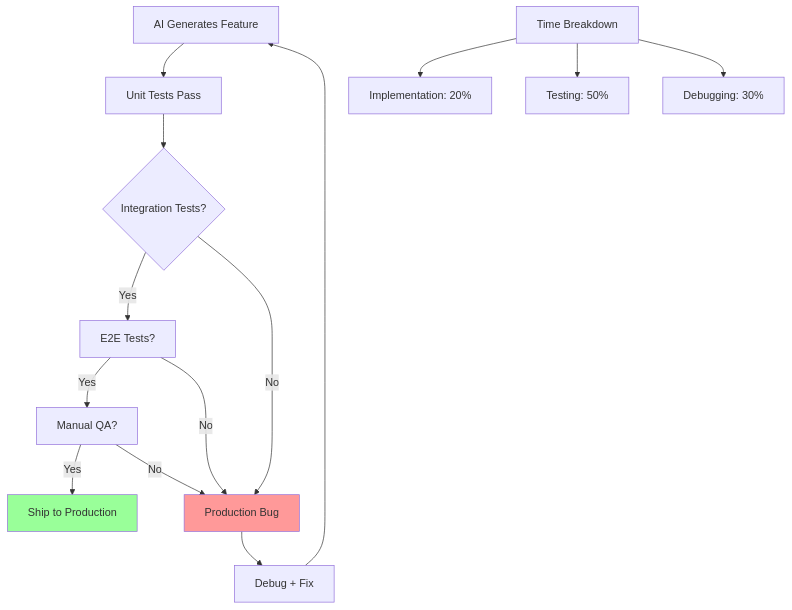
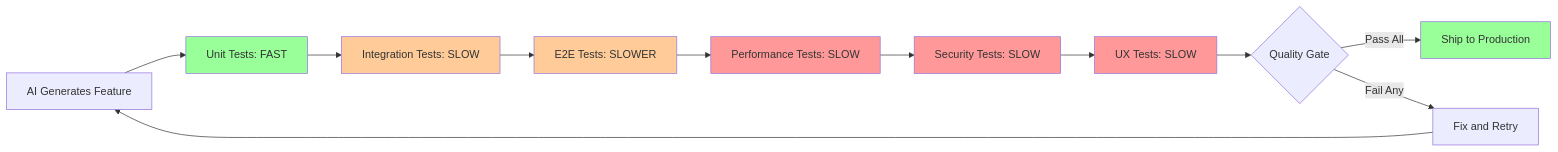
The second of 2 diagrams in book/part1-foundations/05-new-bottlenecks/07-bottleneck-5-testing-and-quality-assurance.md (testaco/agentic-coding-book), drawn with Mermaid before and after one commit. The commit also changed other lines of this file and 4 other files, not shown here.

````diff
--- a/book/part1-foundations/05-new-bottlenecks/07-bottleneck-5-testing-and-quality-assurance.md
+++ b/book/part1-foundations/05-new-bottlenecks/07-bottleneck-5-testing-and-quality-assurance.md
@@ -108,23 +141,22 @@
 ```mermaid
-graph TD
-    A[AI Generates Feature] --> B[Unit Tests Pass]
-    B --> C{Integration Tests?}
-    C -->|Yes| D[E2E Tests?]
-    C -->|No| E[Production Bug]
+graph LR
+    A[AI Generates Feature] --> B[Unit Tests: FAST]
+    B --> C[Integration Tests: SLOW]
+    C --> D[E2E Tests: SLOWER]
+    D --> E[Performance Tests: SLOW]
+    E --> F[Security Tests: SLOW]
+    F --> G[UX Tests: SLOW]
+    G --> H{Quality Gate}
 
-    D -->|Yes| F[Manual QA?]
-    D -->|No| E
+    H -->|Pass All| I[Ship to Production]
+    H -->|Fail Any| J[Fix and Retry]
+    J --> A
 
-    F -->|Yes| G[Ship to Production]
-    F -->|No| E
-
-    E --> H[Debug + Fix]
-    H --> A
-
+    style B fill:#99ff99
+    style C fill:#ffcc99
+    style D fill:#ffcc99
     style E fill:#ff9999
-    style G fill:#99ff99
-
-    I[Time Breakdown] --> J[Implementation: 20%]
-    I --> K[Testing: 50%]
-    I --> L[Debugging: 30%]
+    style F fill:#ff9999
+    style G fill:#ff9999
+    style I fill:#99ff99
 ```
````
